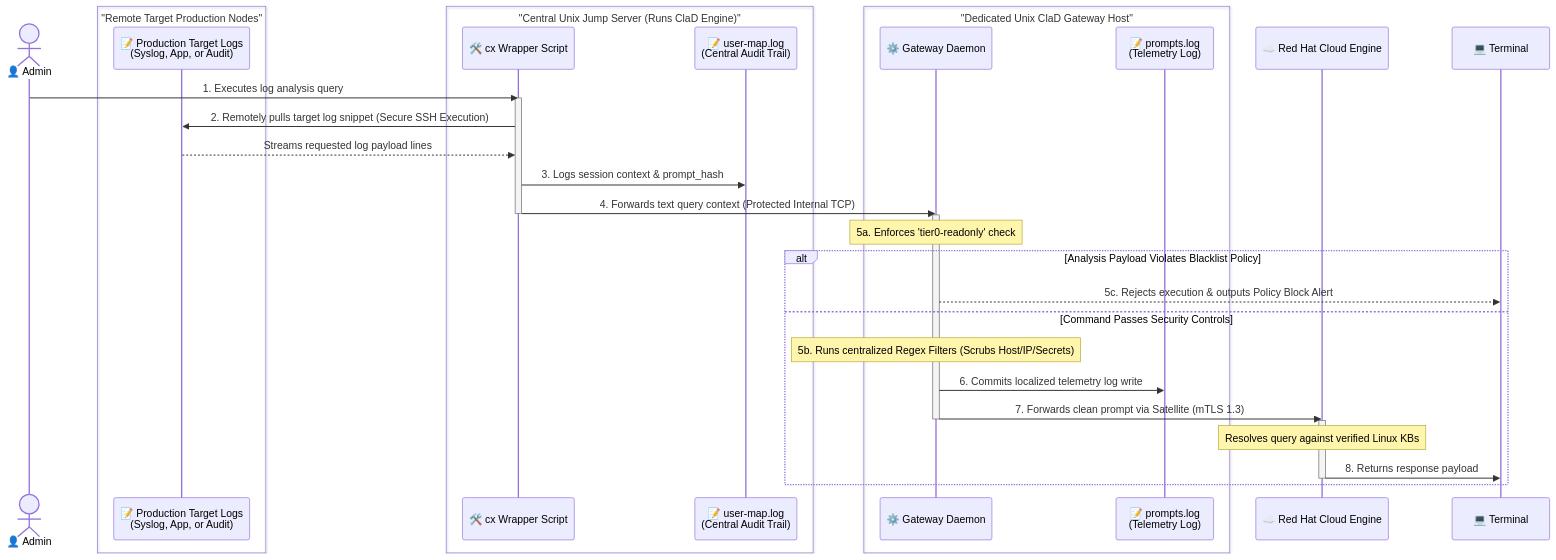
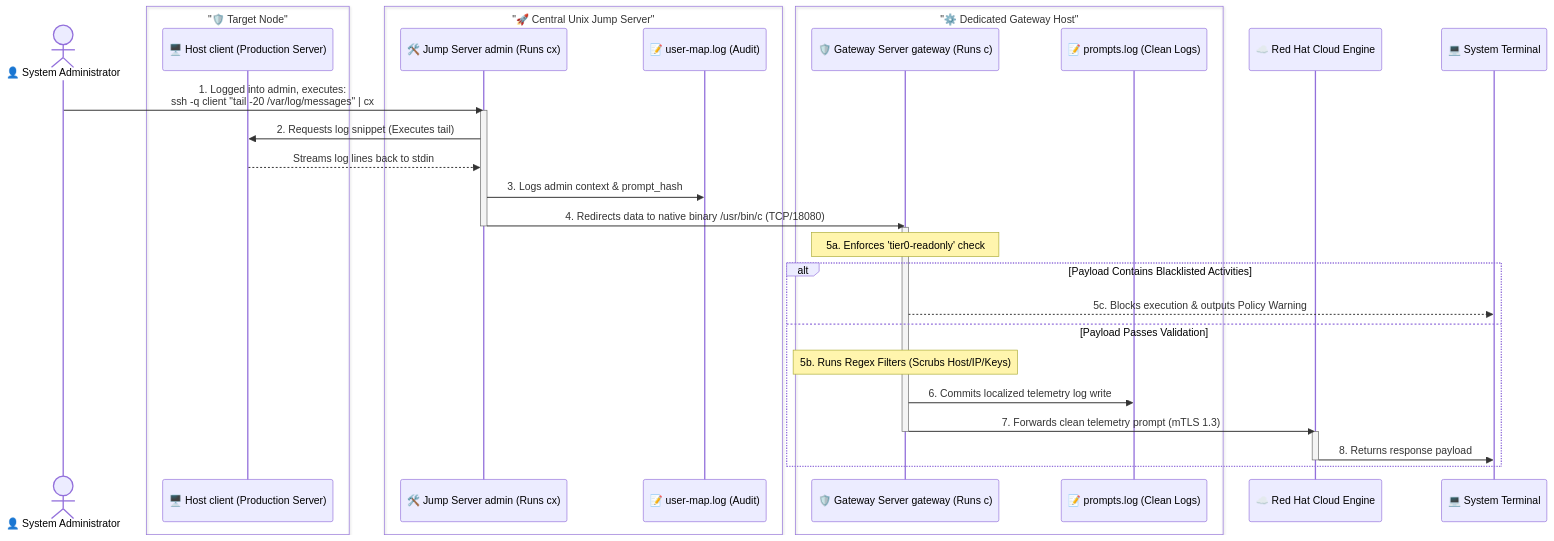
Before and after one commit to kumarj04/cla-gateway: the diagram in future-arch.md, drawn with Mermaid.

Commit message:
Refactor sequence diagram for clarity and accuracy

````diff
--- a/future-arch.md
+++ b/future-arch.md
@@ -1,49 +1,47 @@
 ```mermaid
 sequenceDiagram
-    actor Admin as 👤 Admin
+    actor AdminUser as 👤 System Administrator
     
-    box "Remote Target Production Nodes"
-        participant NodeLog as 📝 Production Target Logs<br>(Syslog, App, or Audit)
+    box "🛡️ Target Node"
+        participant client as 🖥️ Host client (Production Server)
     end
     
-    box "Central Unix Jump Server (Runs ClaD Engine)"
-        participant Wrapper as 🛠️ cx Wrapper Script
-        participant Log1 as 📝 user-map.log<br>(Central Audit Trail)
+    box "🚀 Central Unix Jump Server"
+        participant admin as 🛠️ Jump Server admin (Runs cx)
+        participant Log1 as 📝 user-map.log (Audit)
     end
     
-    box "Dedicated Unix ClaD Gateway Host"
-        participant Daemon as ⚙️ Gateway Daemon
-        participant Log2 as 📝 prompts.log<br>(Telemetry Log)
+    box "⚙️ Dedicated Gateway Host"
+        participant gateway as 🛡️ Gateway Server gateway (Runs c)
+        participant Log2 as 📝 prompts.log (Clean Logs)
     end
     
     participant Cloud as ☁️ Red Hat Cloud Engine
-    participant Term as 💻 Terminal
+    participant Term as 💻 System Terminal
 
-    Admin->>Wrapper: 1. Executes log analysis query
-    activate Wrapper
+    AdminUser->>admin: 1. Logged into admin, executes:<br>ssh -q client "tail -20 /var/log/messages" | cx
+    activate admin
     
-    %% Remote Pull Steps
-    Wrapper->>NodeLog: 2. Remotely pulls target log snippet (Secure SSH Execution)
-    NodeLog-->>Wrapper: Streams requested log payload lines
+    admin->>client: 2. Requests log snippet (Executes tail)
+    client-->>admin: Streams log lines back to stdin
     
-    Wrapper->>Log1: 3. Logs session context & prompt_hash
-    Wrapper->>Daemon: 4. Forwards text query context (Protected Internal TCP)
-    deactivate Wrapper
+    admin->>Log1: 3. Logs admin context & prompt_hash
+    admin->>gateway: 4. Redirects data to native binary /usr/bin/c (TCP/18080)
+    deactivate admin
     
-    activate Daemon
-    Note over Daemon: 5a. Enforces 'tier0-readonly' check
+    activate gateway
+    Note over gateway: 5a. Enforces 'tier0-readonly' check
     
-    alt Analysis Payload Violates Blacklist Policy
-        Daemon-->>Term: 5c. Rejects execution & outputs Policy Block Alert
-    else Command Passes Security Controls
-        Note over Daemon: 5b. Runs centralized Regex Filters (Scrubs Host/IP/Secrets)
-        Daemon->>Log2: 6. Commits localized telemetry log write
-        Daemon->>Cloud: 7. Forwards clean prompt via Satellite (mTLS 1.3)
-        deactivate Daemon
+    alt Payload Contains Blacklisted Activities
+        gateway-->>Term: 5c. Blocks execution & outputs Policy Warning
+    else Payload Passes Validation
+        Note over gateway: 5b. Runs Regex Filters (Scrubs Host/IP/Keys)
+        gateway->>Log2: 6. Commits localized telemetry log write
+        gateway->>Cloud: 7. Forwards clean telemetry prompt (mTLS 1.3)
+        deactivate gateway
         
         activate Cloud
-        Note over Cloud: Resolves query against verified Linux KBs
         Cloud->>Term: 8. Returns response payload
         deactivate Cloud
     end
 ```
````
